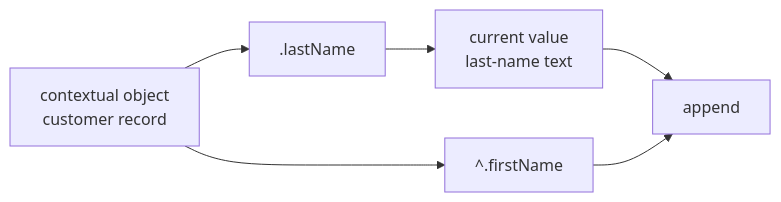
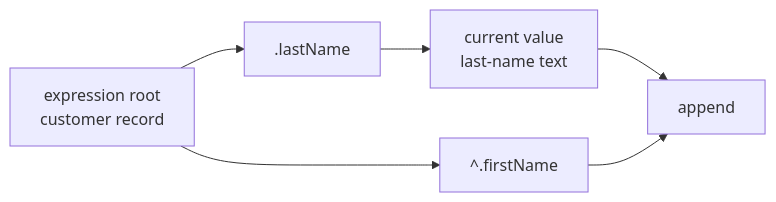
Before and after one commit to Seddryck/Expressif: the third of 6 diagrams in docs/language/references.md, drawn with Mermaid. The commit also changed other lines of this file and 11 other files, not shown here.

````diff
--- a/docs/language/references.md
+++ b/docs/language/references.md
@@ -147,8 +147,8 @@
 ```mermaid
 flowchart LR
-    A["contextual object<br>customer record"] --> B[".lastName"]
+    A["expression root<br>customer record"] --> B[".lastName"]
     B --> C["current value<br>last-name text"]
     A --> D["^.firstName"]
     C --> E[append]
     D --> E
 ```
````
